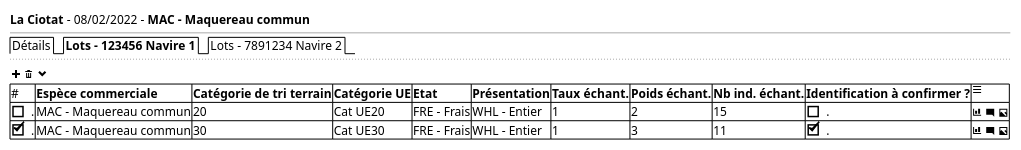
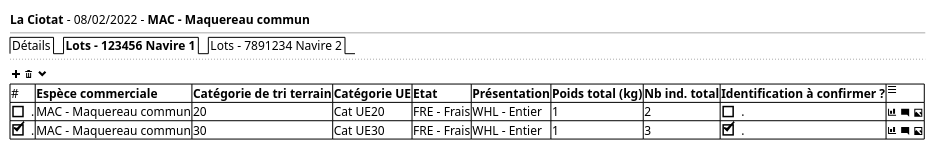
One commit to sumaris-net/sumaris-doc changed the diagram in projects/obsvente/spe/images/med/sale-mediterranee.puml. Above: the diagram before and after it, drawn with PlantUML. The commit also changed 2 other files, not shown here.

```diff
--- a/projects/obsvente/spe/images/med/sale-mediterranee.puml
+++ b/projects/obsvente/spe/images/med/sale-mediterranee.puml
@@ -1,16 +1,16 @@
 @startsalt
 {
   <b>La Ciotat</b> - 08/02/2022 - <b>MAC - Maquereau commun
   --
   {/  Détails | <b>Lots - 123456 Navire 1 | Lots - 7891234 Navire 2}
   ..
   { <&plus> <&trash> <&chevron-bottom> }
 
   {#
-     # | <b>Espèce commerciale |  <b>Catégorie de tri terrain | <b>Catégorie UE | <b>Etat | <b>Présentation  | <b>Taux échant. | <b>Poids échant. | <b>Nb ind. échant. | <b>Identification à confirmer ?| <&menu>
-     [ ] . | MAC - Maquereau commun | 20 | Cat UE20 | FRE - Frais | WHL - Entier | 1 | 2 | 15 | [ ]. | <&bar-chart> <&comment-square> <&image>
-     [X] . | MAC - Maquereau commun | 30 | Cat UE30 | FRE - Frais | WHL - Entier | 1 | 3 | 11 | [X]. | <&bar-chart> <&comment-square> <&image>
+     # | <b>Espèce commerciale |  <b>Catégorie de tri terrain | <b>Catégorie UE | <b>Etat | <b>Présentation  | <b>Poids total (kg)| <b>Nb ind. total | <b>Identification à confirmer ?| <&menu>
+     [ ] . | MAC - Maquereau commun | 20 | Cat UE20 | FRE - Frais | WHL - Entier | 1 | 2 | [ ]. | <&bar-chart> <&comment-square> <&image>
+     [X] . | MAC - Maquereau commun | 30 | Cat UE30 | FRE - Frais | WHL - Entier | 1 | 3 | [X]. | <&bar-chart> <&comment-square> <&image>
    }
 
 }
 @endsalt
```
